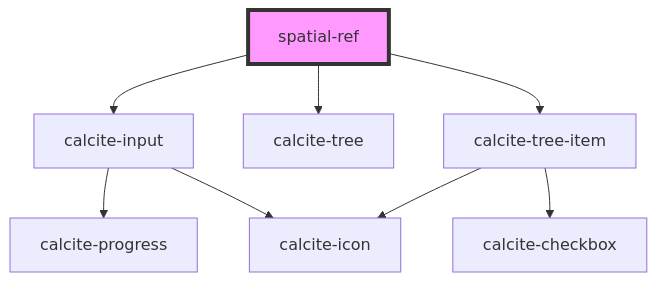
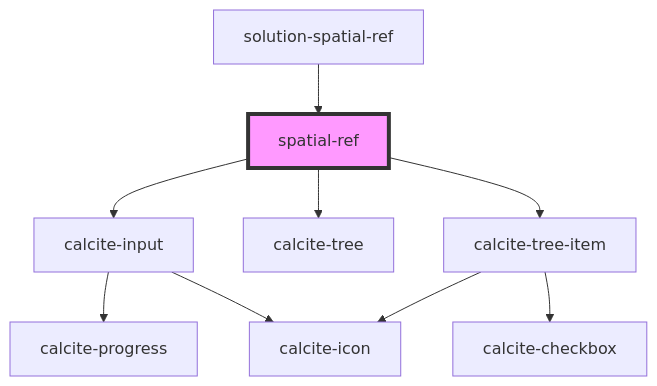
The diagram in src/components/spatial-ref/readme.md (Esri/solutions-components), drawn with Mermaid before and after one commit. The commit also changed other lines of this file and 14 other files, not shown here.

Commit message:
Update solution-spatial-ref

````diff
--- a/src/components/spatial-ref/readme.md
+++ b/src/components/spatial-ref/readme.md
@@ -68,11 +73,12 @@
 ```mermaid
 graph TD;
   spatial-ref --> calcite-input
   spatial-ref --> calcite-tree
   spatial-ref --> calcite-tree-item
   calcite-input --> calcite-progress
   calcite-input --> calcite-icon
   calcite-tree-item --> calcite-icon
   calcite-tree-item --> calcite-checkbox
+  solution-spatial-ref --> spatial-ref
   style spatial-ref fill:#f9f,stroke:#333,stroke-width:4px
 ```
````
